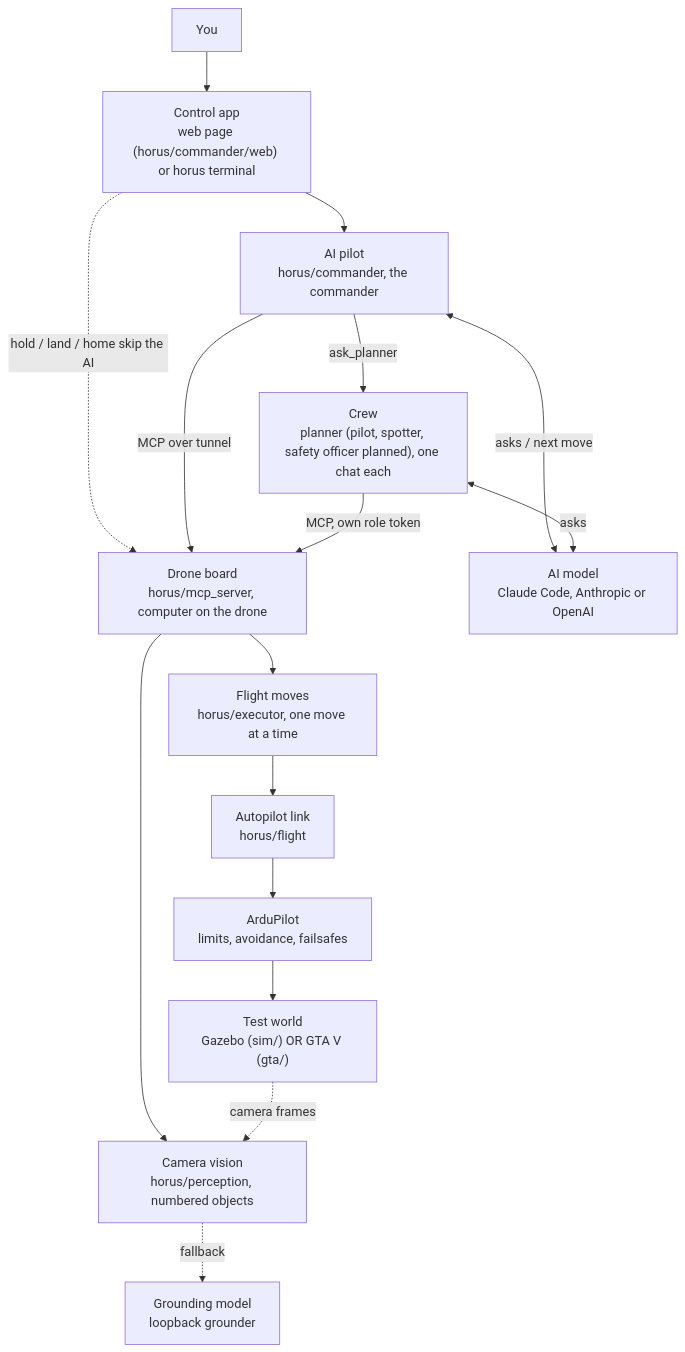
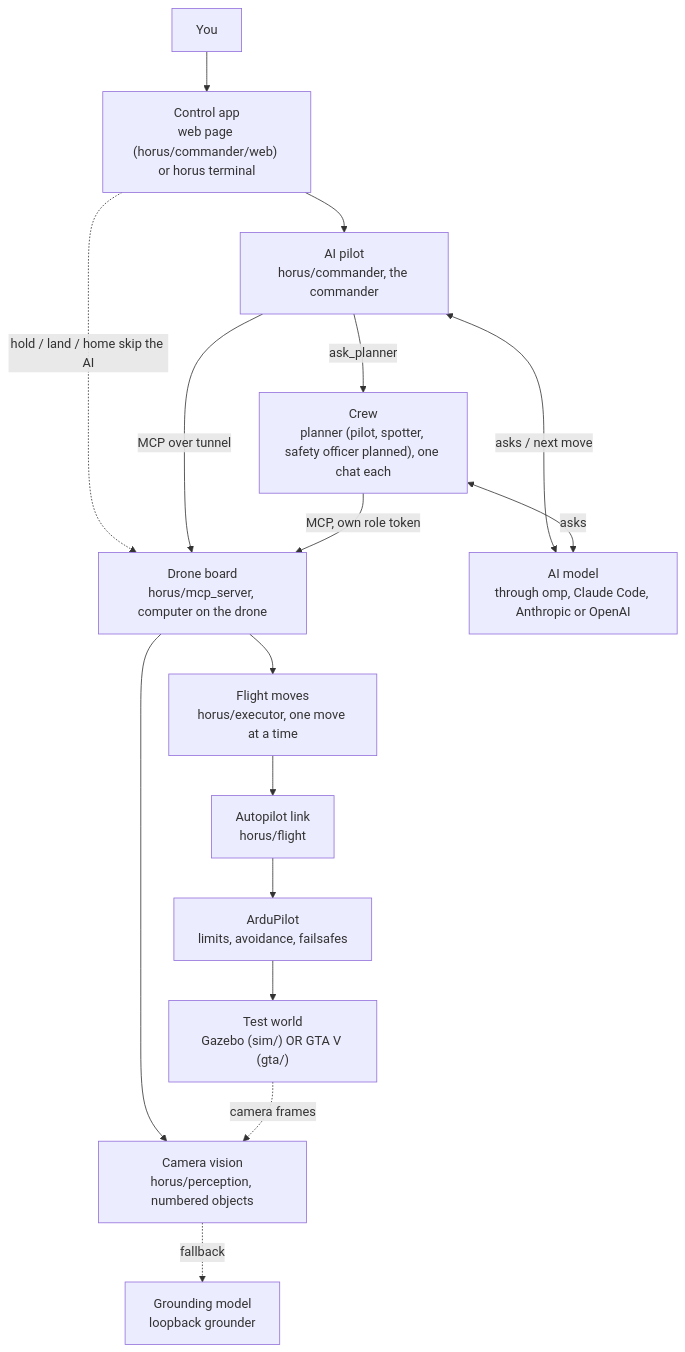
One commit to seros-cimenstein/horus-drone changed the first of 3 diagrams in HORUS — Design Document v2.md. Above: the diagram before and after it, drawn with Mermaid. The commit also changed other lines of this file and 14 other files, not shown here.

First line of the commit message:
Run the commander through omp instead of the opencode API

````diff
--- a/HORUS — Design Document v2.md
+++ b/HORUS — Design Document v2.md
@@ -32,18 +32,18 @@
 ```mermaid
 flowchart TD
   Y["You"] --> R["Control app<br/>web page (horus/commander/web) or horus terminal"]
   R --> C["AI pilot<br/>horus/commander, the commander"]
   C -->|ask_planner| K["Crew<br/>planner (pilot, spotter, safety officer planned), one chat each"]
   R -.hold / land / home skip the AI.-> M
-  C <-->|asks / next move| LLM["AI model<br/>Claude Code, Anthropic or OpenAI"]
+  C <-->|asks / next move| LLM["AI model<br/>through omp, Claude Code, Anthropic or OpenAI"]
   K <-->|asks| LLM
   C -->|MCP over tunnel| M["Drone board<br/>horus/mcp_server, computer on the drone"]
   K -->|MCP, own role token| M
   M --> E["Flight moves<br/>horus/executor, one move at a time"]
   M --> P["Camera vision<br/>horus/perception, numbered objects"]
   P -.fallback.-> G["Grounding model<br/>loopback grounder"]
   E --> L["Autopilot link<br/>horus/flight"]
   L --> A["ArduPilot<br/>limits, avoidance, failsafes"]
   A --> W["Test world<br/>Gazebo (sim/) OR GTA V (gta/)"]
   W -.camera frames.-> P
 ```
````
